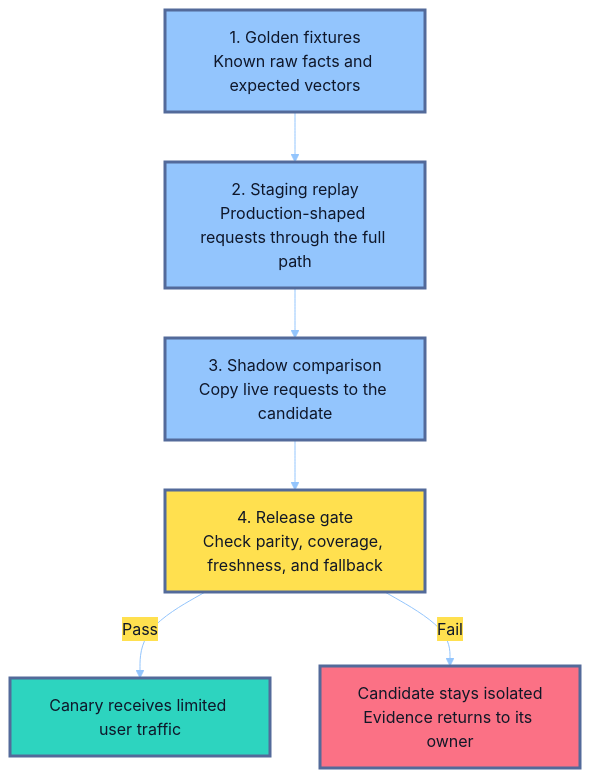
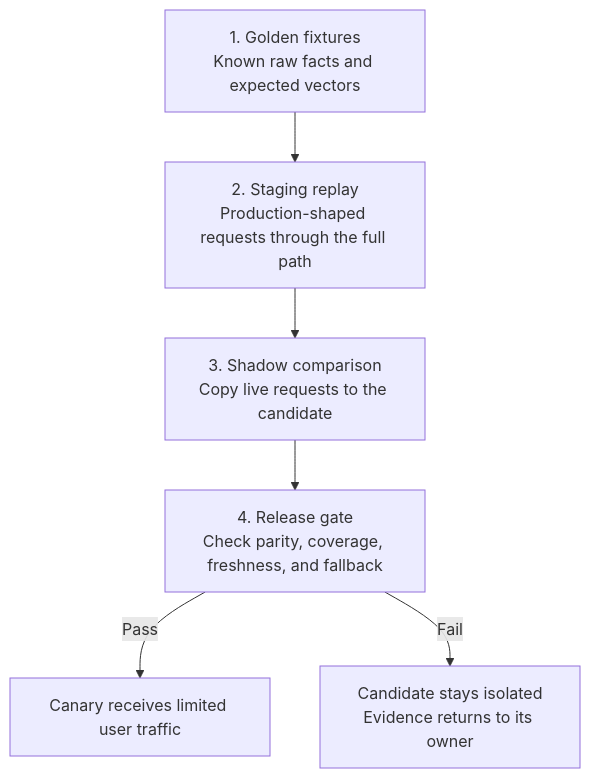
One commit to senlinyy/dev-roadmaps changed the second of 3 diagrams in roadmaps/mlops/modules/data-for-ml-systems/feature-management/03-training-serving-skew.md. Above: the diagram before and after it, drawn with Mermaid. The commit also changed other lines of this file and 152 other files, not shown here.

Commit message:
feat: mlops and diagrams updated

````diff
--- a/roadmaps/mlops/modules/data-for-ml-systems/feature-management/03-training-serving-skew.md
+++ b/roadmaps/mlops/modules/data-for-ml-systems/feature-management/03-training-serving-skew.md
@@ -293,18 +290,14 @@
 ```mermaid
-%%{init: {"theme": "base", "themeVariables": {"background": "#111827", "primaryColor": "#2DD4BF", "primaryTextColor": "#0F172A", "primaryBorderColor": "#536A9A", "lineColor": "#93C5FD", "secondaryColor": "#FFE04F", "tertiaryColor": "#FB7185", "fontFamily": "Nunito, sans-serif"}}}%%
+
 flowchart TD
     A["1. Golden fixtures<br/>Known raw facts and expected vectors"] --> B["2. Staging replay<br/>Production-shaped requests through the full path"]
     B --> C["3. Shadow comparison<br/>Copy live requests to the candidate"]
     C --> D["4. Release gate<br/>Check parity, coverage, freshness, and fallback"]
     D -->|Pass| E["Canary receives limited user traffic"]
     D -->|Fail| F["Candidate stays isolated<br/>Evidence returns to its owner"]
 
-    classDef test fill:#93C5FD,stroke:#536A9A,stroke-width:3px,color:#0F172A
-    classDef gate fill:#FFE04F,stroke:#536A9A,stroke-width:3px,color:#111827
-    classDef pass fill:#2DD4BF,stroke:#536A9A,stroke-width:3px,color:#0F172A
-    classDef stop fill:#FB7185,stroke:#536A9A,stroke-width:3px,color:#111827
     class A,B,C test
     class D gate
     class E pass
     class F stop
 ```
````
